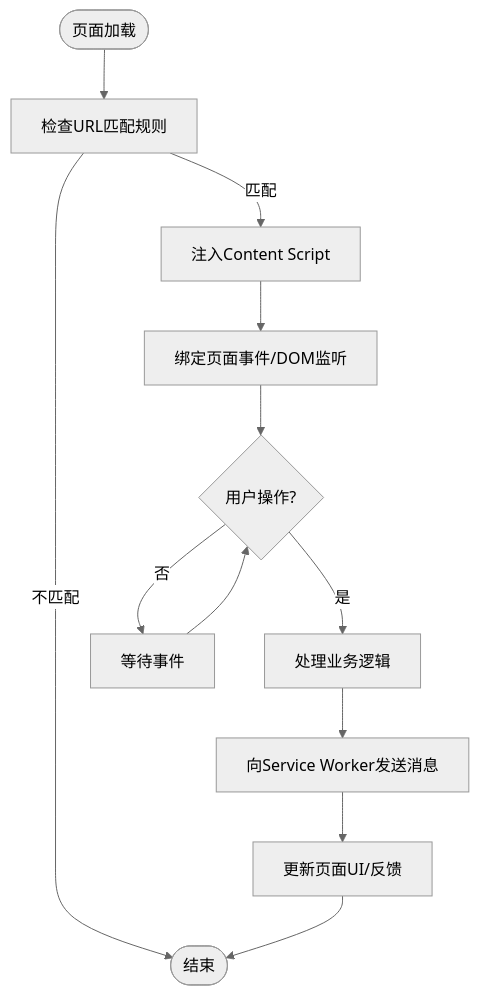
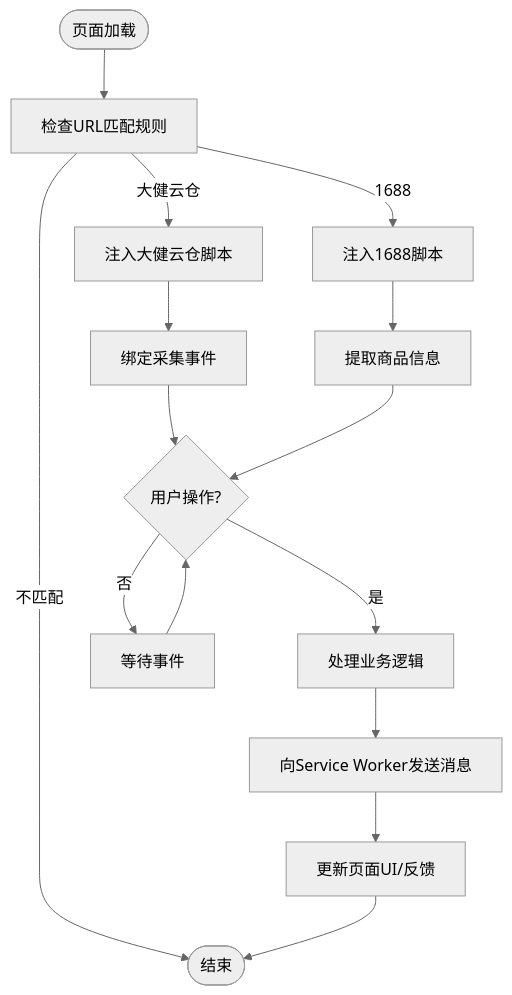
The third of 7 diagrams in .qoder/repowiki/zh/content/系统架构/浏览器扩展架构.md (iljahofbauer219-lang/yandu), drawn with Mermaid (neutral theme) before and after one commit. The commit also changed other lines of this file and 340 other files, not shown here.

````diff
--- a/.qoder/repowiki/zh/content/系统架构/浏览器扩展架构.md
+++ b/.qoder/repowiki/zh/content/系统架构/浏览器扩展架构.md
@@ -169,14 +167,17 @@
 ```mermaid
 flowchart TD
 Start(["页面加载"]) --> CheckMatch["检查URL匹配规则"]
-CheckMatch --> |匹配| Inject["注入Content Script"]
+CheckMatch --> |大健云仓| InjectGiga["注入大健云仓脚本"]
+CheckMatch --> |1688| Inject1688["注入1688脚本"]
 CheckMatch --> |不匹配| End(["结束"])
-Inject --> BindEvents["绑定页面事件/DOM监听"]
-BindEvents --> HandleUserAction{"用户操作?"}
+InjectGiga --> BindEventsGiga["绑定采集事件"]
+Inject1688 --> ExtractInfo["提取商品信息"]
+BindEventsGiga --> HandleUserAction{"用户操作?"}
+ExtractInfo --> HandleUserAction
 HandleUserAction --> |是| Process["处理业务逻辑"]
 HandleUserAction --> |否| Wait["等待事件"]
 Process --> Communicate["向Service Worker发送消息"]
 Communicate --> UpdateUI["更新页面UI/反馈"]
 UpdateUI --> End
 Wait --> HandleUserAction
 ```
````
